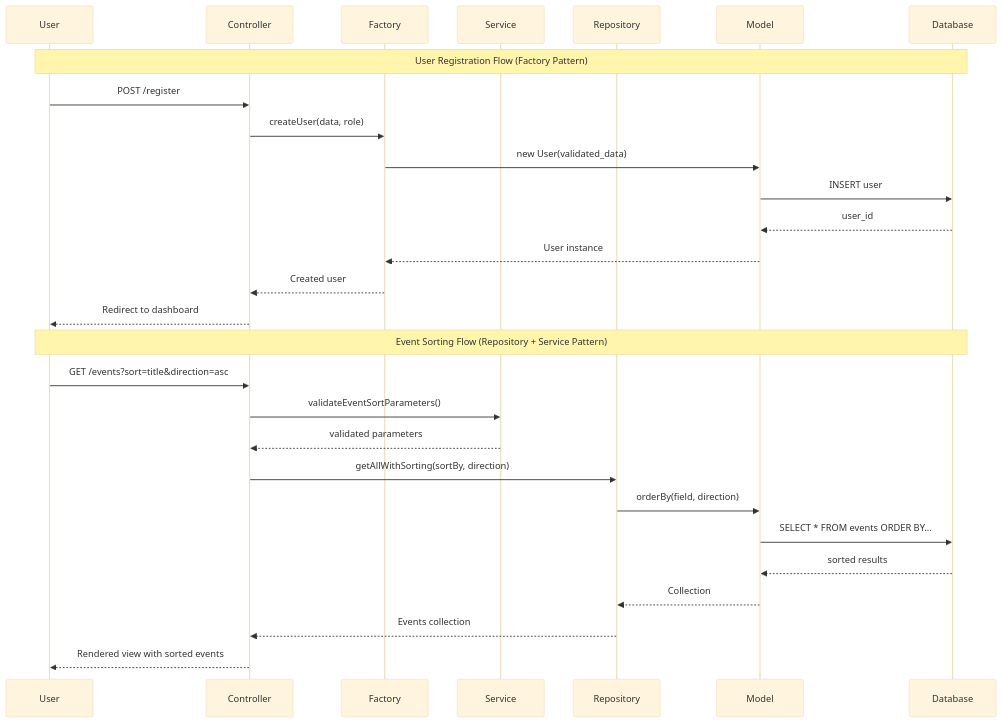
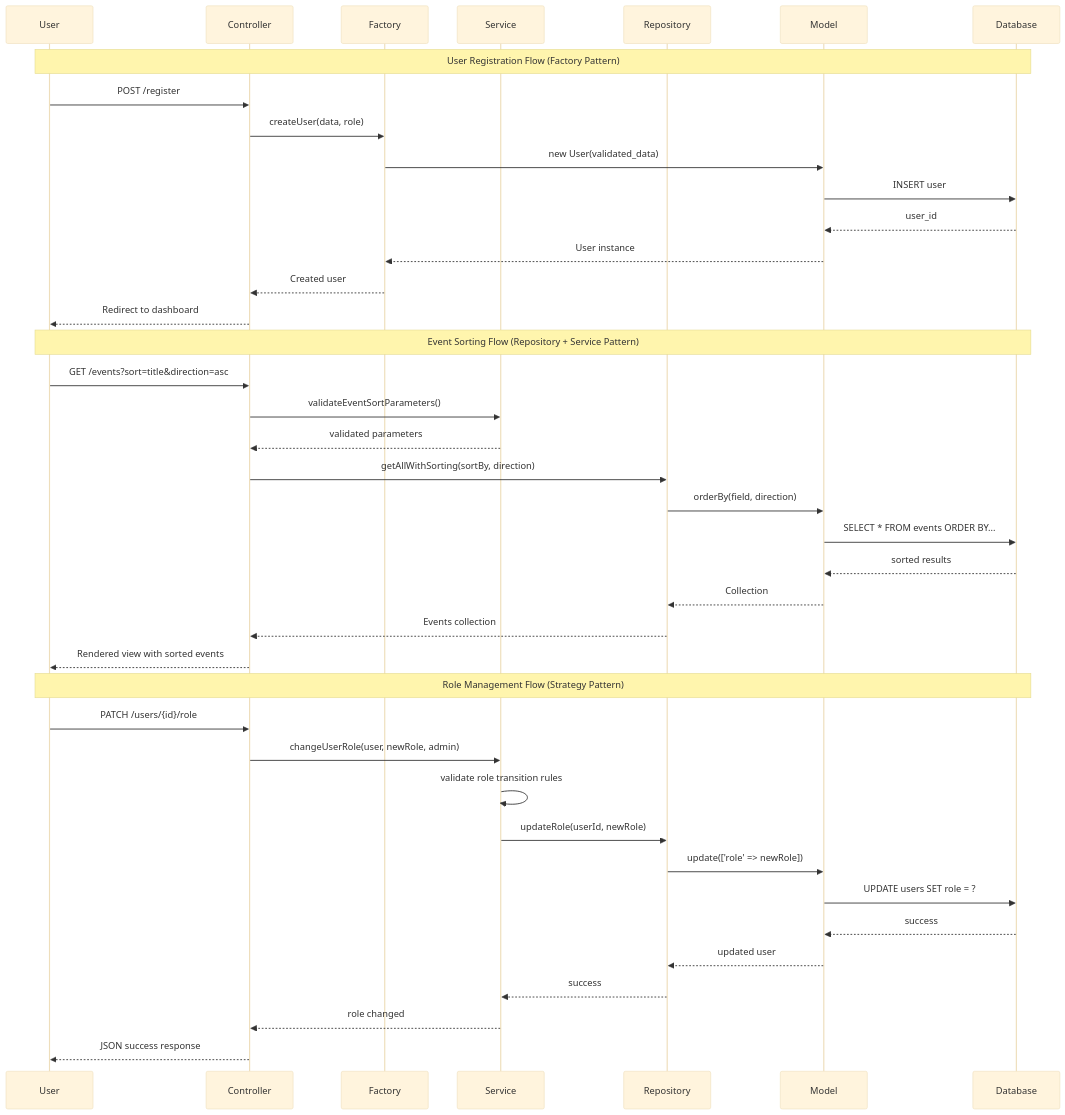
The second of 9 diagrams in ARCHITECTURE.md (Event-Management-Ticketing-System-EMTS/Event-Management-Ticketing-System), drawn with Mermaid (base theme) before and after one commit. The commit also changed other lines of this file and 1 other file, not shown here.

Commit message:
feat: Enhance role management system with strategy pattern and admin controls

````diff
--- a/ARCHITECTURE.md
+++ b/ARCHITECTURE.md
@@ -45,32 +45,45 @@
 ```mermaid
 sequenceDiagram
     participant U as User
     participant C as Controller
     participant F as Factory
     participant S as Service
     participant R as Repository
     participant M as Model
     participant DB as Database
 
     Note over U,DB: User Registration Flow (Factory Pattern)
     U->>C: POST /register
     C->>F: createUser(data, role)
     F->>M: new User(validated_data)
     M->>DB: INSERT user
     DB-->>M: user_id
     M-->>F: User instance
     F-->>C: Created user
     C-->>U: Redirect to dashboard
 
     Note over U,DB: Event Sorting Flow (Repository + Service Pattern)
     U->>C: GET /events?sort=title&direction=asc
     C->>S: validateEventSortParameters()
     S-->>C: validated parameters
     C->>R: getAllWithSorting(sortBy, direction)
     R->>M: orderBy(field, direction)
     M->>DB: SELECT * FROM events ORDER BY...
     DB-->>M: sorted results
     M-->>R: Collection
     R-->>C: Events collection
     C-->>U: Rendered view with sorted events
+
+    Note over U,DB: Role Management Flow (Strategy Pattern)
+    U->>C: PATCH /users/{id}/role
+    C->>S: changeUserRole(user, newRole, admin)
+    S->>S: validate role transition rules
+    S->>R: updateRole(userId, newRole)
+    R->>M: update(['role' => newRole])
+    M->>DB: UPDATE users SET role = ?
+    DB-->>M: success
+    M-->>R: updated user
+    R-->>S: success
+    S-->>C: role changed
+    C-->>U: JSON success response
 ```
````
